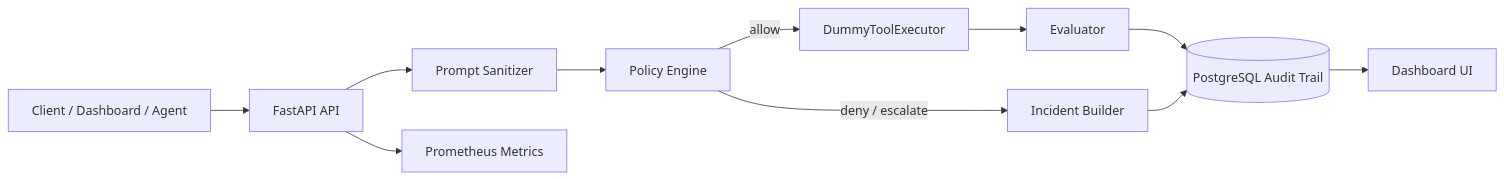
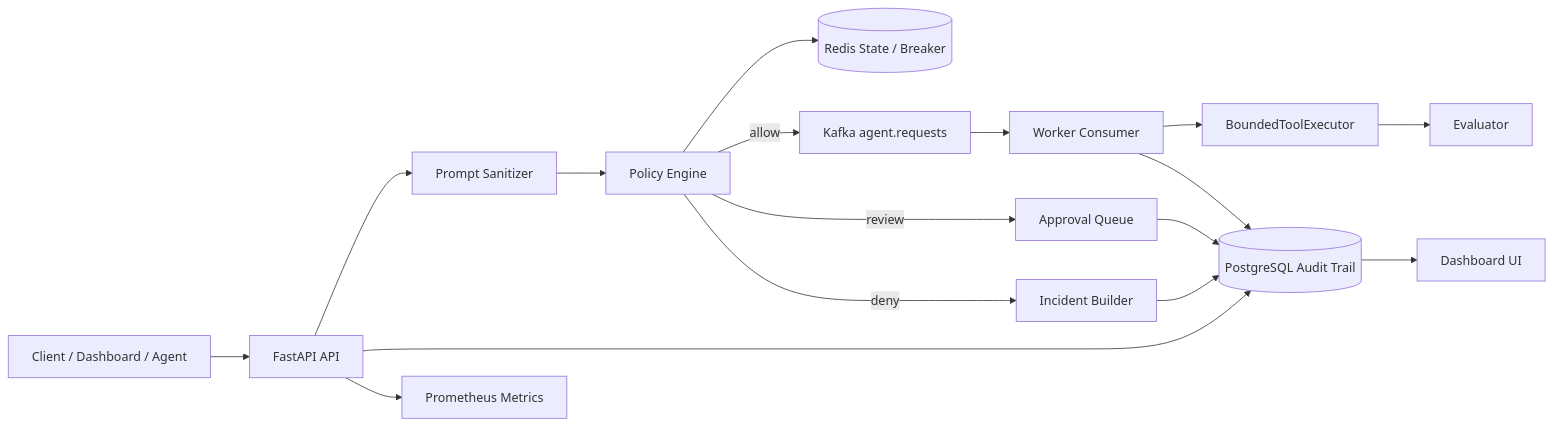
One commit to leo459028/RewardHacking changed the first of 2 diagrams in docs/architecture.md. Above: the diagram before and after it, drawn with Mermaid. The commit also changed other lines of this file and 39 other files, not shown here.

````diff
--- a/docs/architecture.md
+++ b/docs/architecture.md
@@ -9,13 +9,19 @@
 ```mermaid
 flowchart LR
   C["Client / Dashboard / Agent"] --> A["FastAPI API"]
   A --> S["Prompt Sanitizer"]
   S --> P["Policy Engine"]
-  P -->|allow| X["DummyToolExecutor"]
-  P -->|deny / escalate| I["Incident Builder"]
+  P --> R[("Redis State / Breaker")]
+  P -->|allow| K["Kafka agent.requests"]
+  P -->|review| Q["Approval Queue"]
+  P -->|deny| I["Incident Builder"]
+  K --> W["Worker Consumer"]
+  W --> X["BoundedToolExecutor"]
   X --> E["Evaluator"]
-  E --> DB[("PostgreSQL Audit Trail")]
+  A --> DB[("PostgreSQL Audit Trail")]
+  W --> DB
+  Q --> DB
   I --> DB
   DB --> UI["Dashboard UI"]
   A --> M["Prometheus Metrics"]
 ```
````
